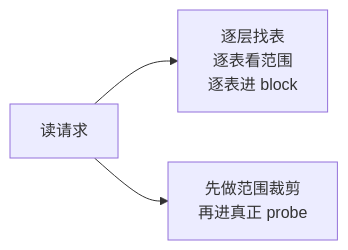
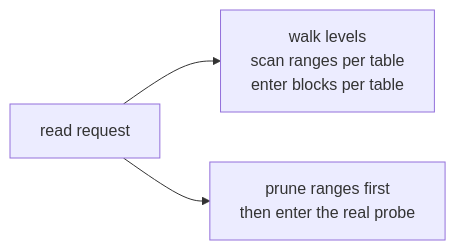
The first of 3 diagrams in docs/notes/2026-04-05-range-filter-from-grf.md (feichai0017/NoKV), drawn with Mermaid before and after one commit. The commit also changed other lines of this file and 23 other files, not shown here.

````diff
--- a/docs/notes/2026-04-05-range-filter-from-grf.md
+++ b/docs/notes/2026-04-05-range-filter-from-grf.md
@@ -52,5 +52,5 @@
 ```mermaid
 flowchart LR
-    Query["读请求"] --> Naive["逐层找表\n逐表看范围\n逐表进 block"]
-    Query --> RF["先做范围裁剪\n再进真正 probe"]
+    Query["read request"] --> Naive["walk levels\nscan ranges per table\nenter blocks per table"]
+    Query --> RF["prune ranges first\nthen enter the real probe"]
 ```
````
